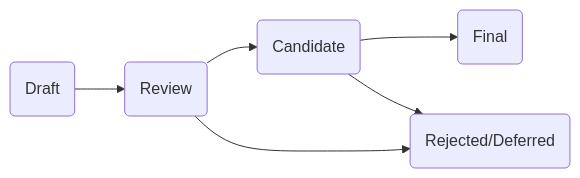
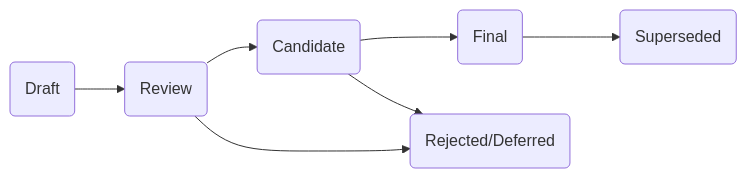
The diagram in EVES/drafts/EVES-001/eves-001.md (ASCS-eV/EVES), drawn with Mermaid before and after one commit. The commit also changed other lines of this file, not shown here.

Commit message:
review: add superseded state

````diff
--- a/EVES/drafts/EVES-001/eves-001.md
+++ b/EVES/drafts/EVES-001/eves-001.md
@@ -33,8 +33,9 @@
 ```mermaid
 flowchart LR
     D(Draft) --> R(Review)
     R --> C(Candidate)
     C --> F(Final)
     R --> X(Rejected/Deferred)
     C --> X(Rejected/Deferred)
+    F --> S(Superseded)
 ```
````
